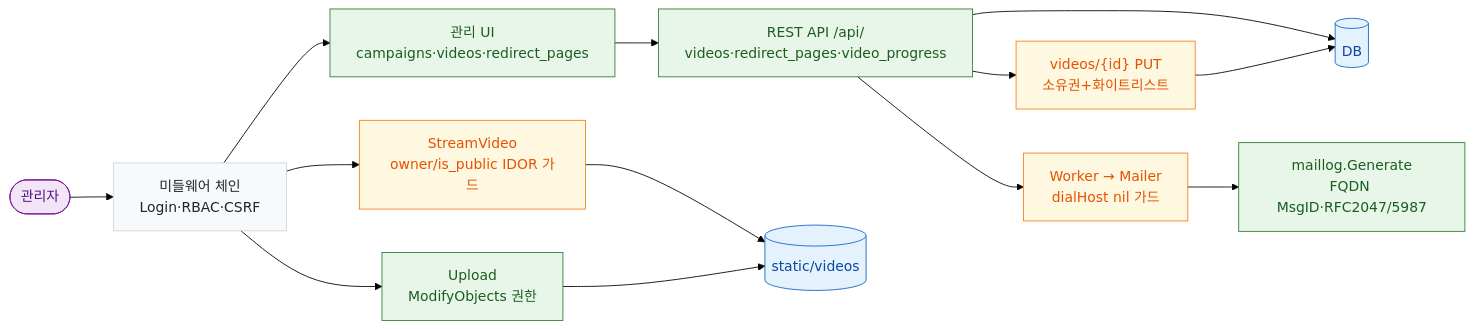
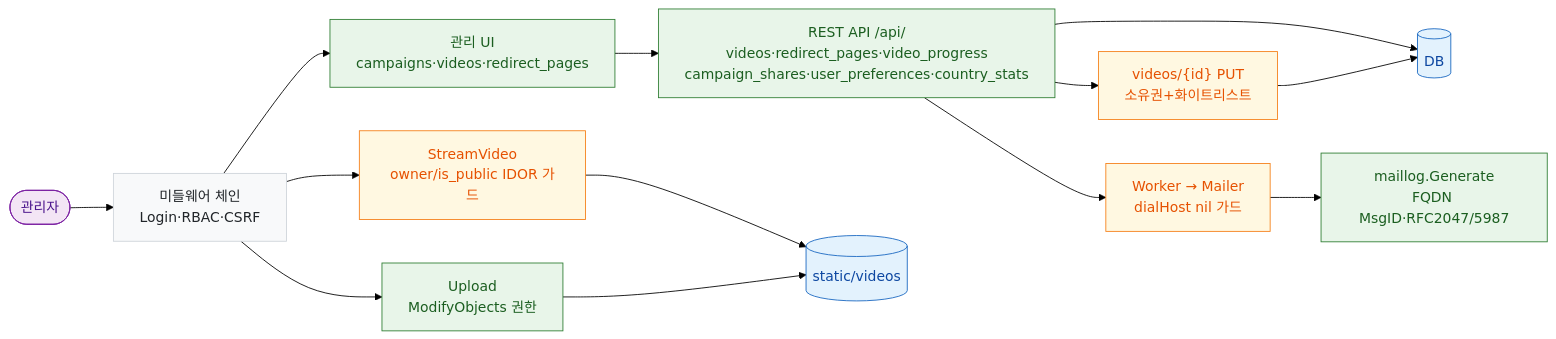
One commit to AegisAX/AegisCampus changed the second of 8 diagrams in docs/Architecture.md. Above: the diagram before and after it, drawn with Mermaid (forest theme). The commit also changed other lines of this file and 1 other file, not shown here.

First line of the commit message:
docs: Architecture/ER rc8 정합 보완

````diff
--- a/docs/Architecture.md
+++ b/docs/Architecture.md
@@ -91,25 +91,25 @@
 ```mermaid
 flowchart LR
     Admin([관리자]):::actor
     MW["미들웨어 체인<br/>Login·RBAC·CSRF"]:::base
     UI["관리 UI<br/>campaigns·videos·redirect_pages"]:::add
-    API["REST API /api/<br/>videos·redirect_pages·video_progress"]:::add
+    API["REST API /api/<br/>videos·redirect_pages·video_progress<br/>campaign_shares·user_preferences·country_stats"]:::add
     PUT["videos/{id} PUT<br/>소유권+화이트리스트"]:::hard
     STR["StreamVideo<br/>owner/is_public IDOR 가드"]:::hard
     UP["Upload<br/>ModifyObjects 권한"]:::add
     WK["Worker → Mailer<br/>dialHost nil 가드"]:::hard
     GEN["maillog.Generate<br/>FQDN MsgID·RFC2047/5987"]:::add
     DB[("DB")]:::store
     FS[("static/videos")]:::store
     Admin --> MW
     MW --> UI --> API --> DB
     MW --> STR --> FS
     MW --> UP --> FS
     API --> PUT --> DB
     API --> WK --> GEN
     classDef actor fill:#f3e5f5,stroke:#7b1fa2,color:#4a148c
     classDef base fill:#f8f9fa,stroke:#ced4da,color:#212529
     classDef add fill:#e8f5e9,stroke:#2e7d32,color:#1b5e20
     classDef hard fill:#fff8e1,stroke:#f57f17,color:#e65100
     classDef store fill:#e3f2fd,stroke:#1565c0,color:#0d47a1
 ```
````
